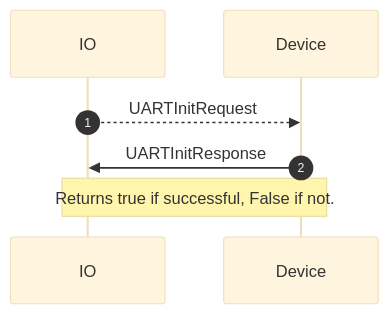
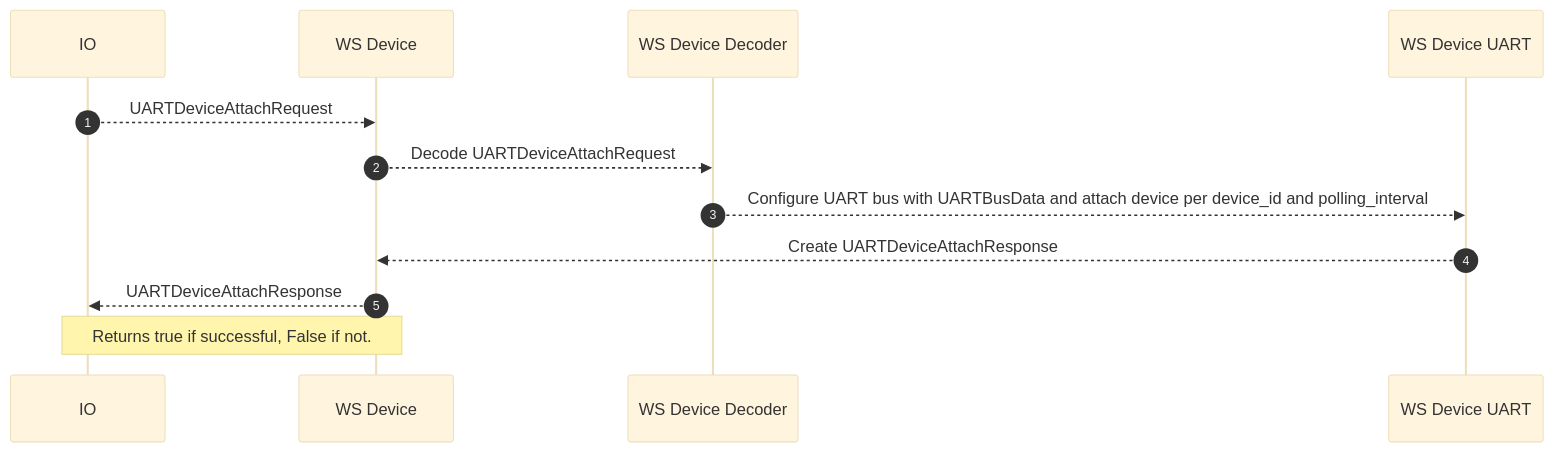
One commit to adafruit/Wippersnapper_Protobuf changed the diagram in proto/wippersnapper/uart/v1/uart.md. Above: the diagram before and after it, drawn with Mermaid (base theme). The commit also changed other lines of this file, not shown here.

Commit message:
new seq diagram

````diff
--- a/proto/wippersnapper/uart/v1/uart.md
+++ b/proto/wippersnapper/uart/v1/uart.md
@@ -18,9 +18,11 @@
 ```mermaid
 sequenceDiagram
 autonumber
 
-IO-->>Device: UARTInitRequest
-
-Device->>IO: UARTInitResponse
-Note over IO, Device: Returns true if successful, False if not.
+IO-->>WS Device: UARTDeviceAttachRequest
+WS Device-->>WS Device Decoder: Decode UARTDeviceAttachRequest
+WS Device Decoder-->>WS Device UART: Configure UART bus with UARTBusData and attach device per device_id and polling_interval
+WS Device UART-->>WS Device: Create UARTDeviceAttachResponse
+WS Device-->>IO: UARTDeviceAttachResponse
+Note over WS Device, IO: Returns true if successful, False if not.
 ```
````
